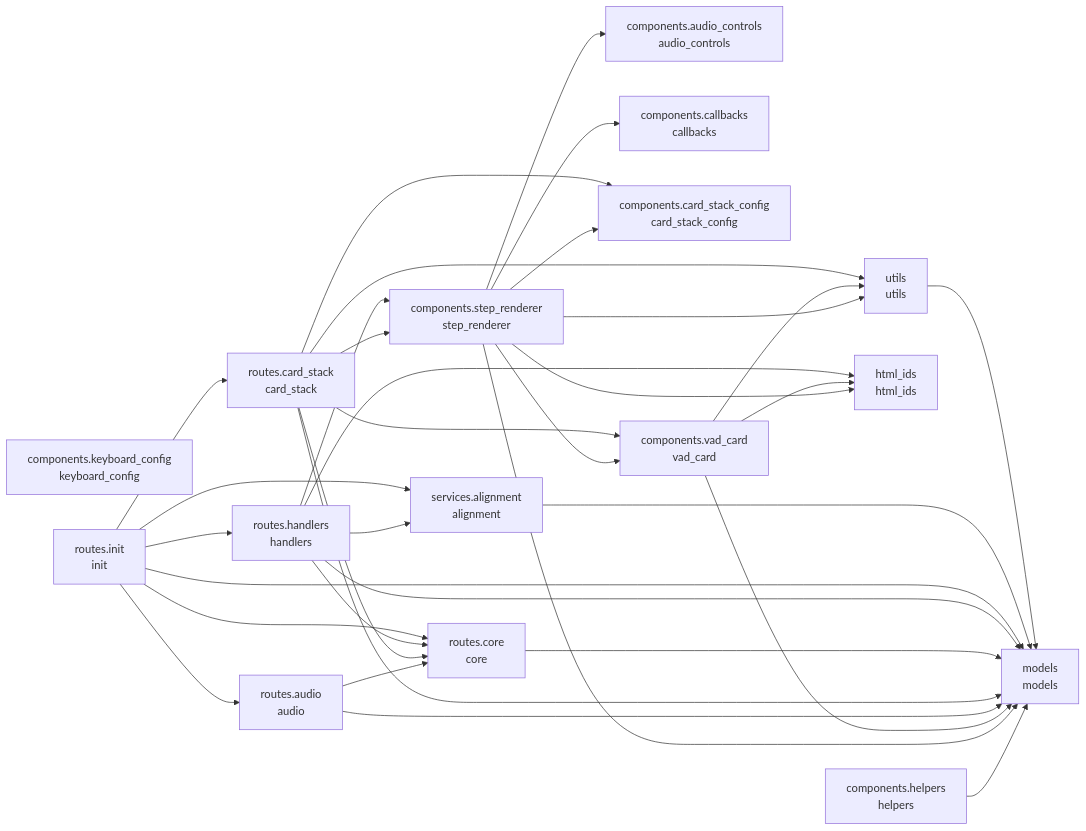
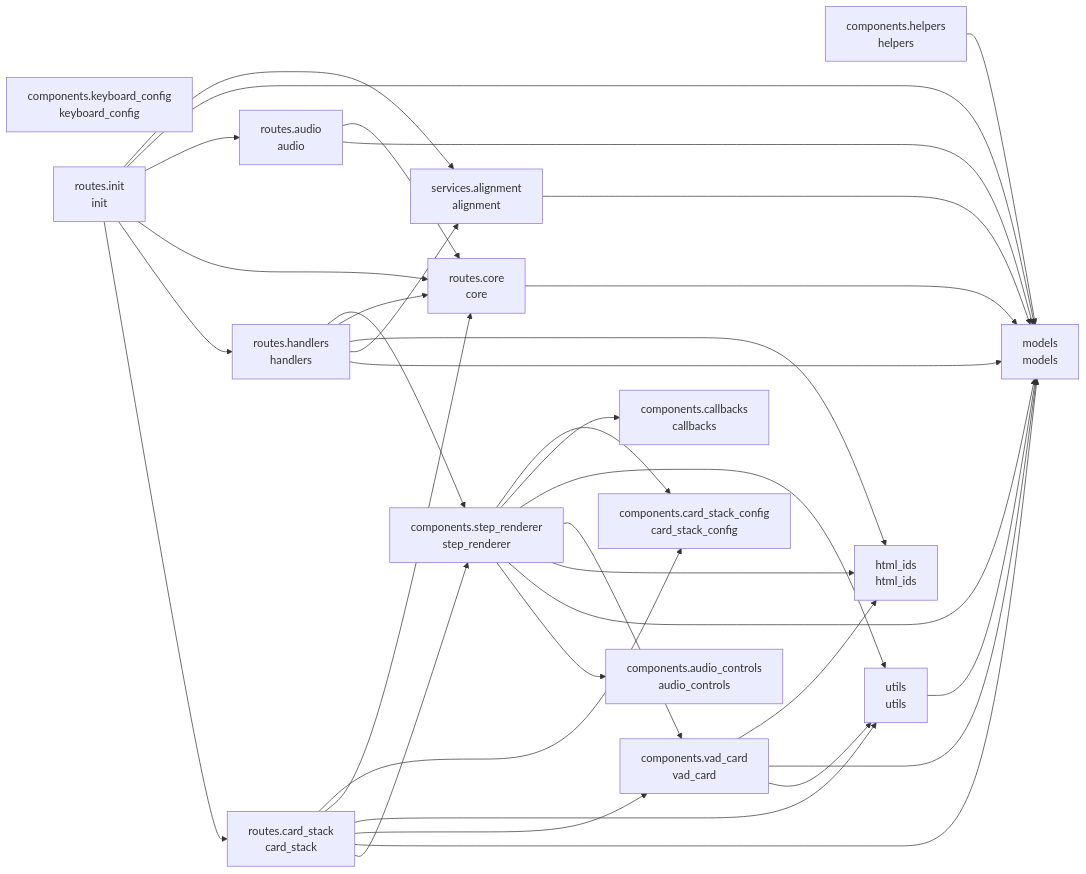
One commit to cj-mills/cjm-transcript-vad-align changed the diagram in README.md. Above: the diagram before and after it, drawn with Mermaid. The commit also changed other lines of this file and 3 other files, not shown here.

````diff
--- a/README.md
+++ b/README.md
@@ -39,53 +39,53 @@
 ``` mermaid
 graph LR
     components_audio_controls[components.audio_controls<br/>audio_controls]
     components_callbacks[components.callbacks<br/>callbacks]
     components_card_stack_config[components.card_stack_config<br/>card_stack_config]
     components_helpers[components.helpers<br/>helpers]
     components_keyboard_config[components.keyboard_config<br/>keyboard_config]
     components_step_renderer[components.step_renderer<br/>step_renderer]
     components_vad_card[components.vad_card<br/>vad_card]
     html_ids[html_ids<br/>html_ids]
     models[models<br/>models]
     routes_audio[routes.audio<br/>audio]
     routes_card_stack[routes.card_stack<br/>card_stack]
     routes_core[routes.core<br/>core]
     routes_handlers[routes.handlers<br/>handlers]
     routes_init[routes.init<br/>init]
     services_alignment[services.alignment<br/>alignment]
     utils[utils<br/>utils]
 
     components_helpers --> models
+    components_step_renderer --> components_card_stack_config
+    components_step_renderer --> components_callbacks
     components_step_renderer --> utils
+    components_step_renderer --> components_vad_card
+    components_step_renderer --> html_ids
+    components_step_renderer --> models
     components_step_renderer --> components_audio_controls
-    components_step_renderer --> html_ids
-    components_step_renderer --> components_callbacks
-    components_step_renderer --> models
-    components_step_renderer --> components_card_stack_config
-    components_step_renderer --> components_vad_card
     components_vad_card --> html_ids
+    components_vad_card --> models
     components_vad_card --> utils
-    components_vad_card --> models
+    routes_audio --> routes_core
     routes_audio --> models
-    routes_audio --> routes_core
+    routes_card_stack --> components_card_stack_config
     routes_card_stack --> routes_core
     routes_card_stack --> utils
-    routes_card_stack --> components_card_stack_config
     routes_card_stack --> components_vad_card
+    routes_card_stack --> models
     routes_card_stack --> components_step_renderer
-    routes_card_stack --> models
     routes_core --> models
+    routes_handlers --> components_step_renderer
+    routes_handlers --> routes_core
     routes_handlers --> html_ids
-    routes_handlers --> routes_core
+    routes_handlers --> services_alignment
     routes_handlers --> models
-    routes_handlers --> components_step_renderer
-    routes_handlers --> services_alignment
+    routes_init --> services_alignment
     routes_init --> models
+    routes_init --> routes_audio
     routes_init --> routes_core
-    routes_init --> services_alignment
+    routes_init --> routes_handlers
     routes_init --> routes_card_stack
-    routes_init --> routes_handlers
-    routes_init --> routes_audio
     services_alignment --> models
     utils --> models
 ```
````
